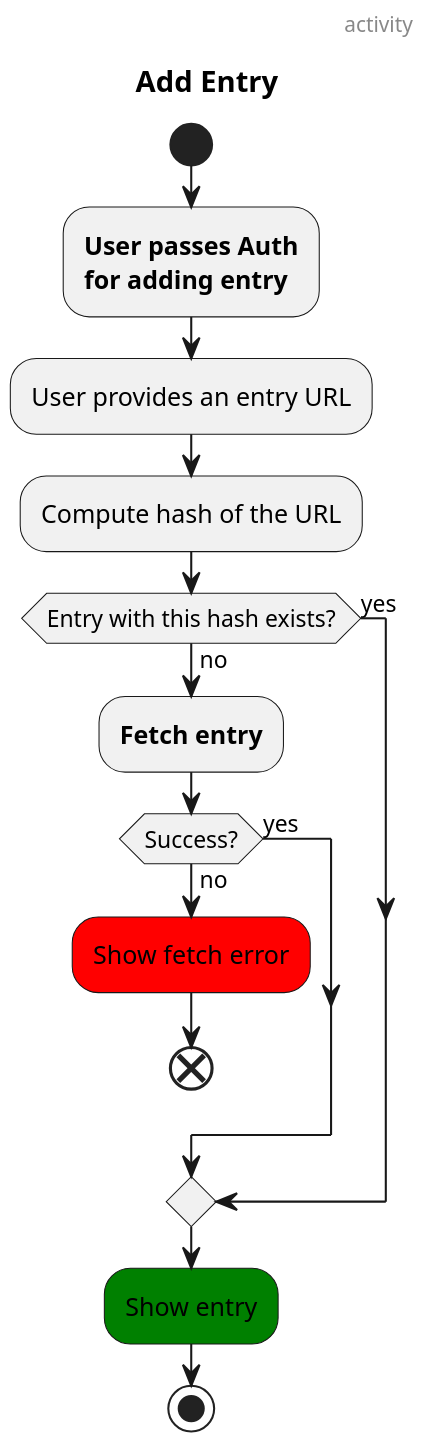
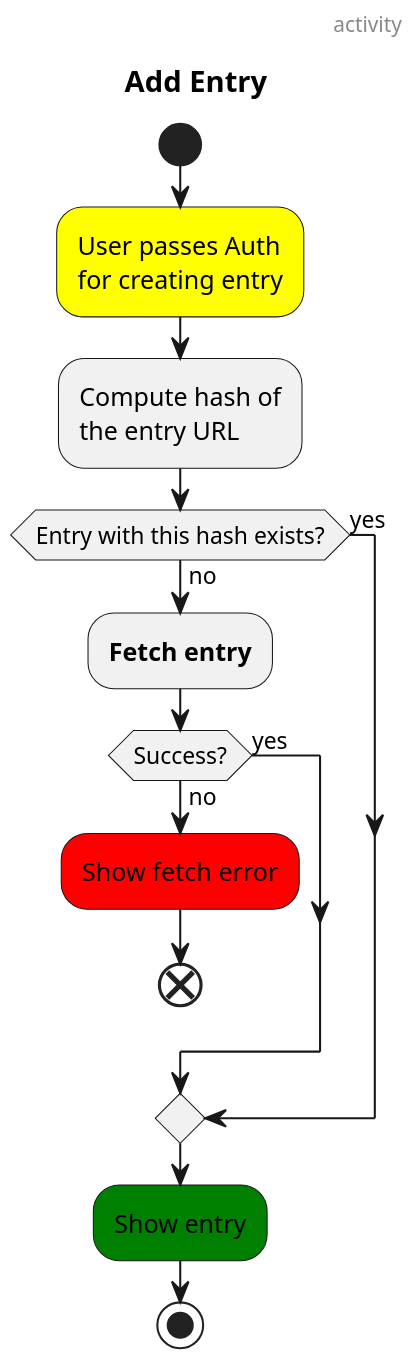
Before and after one commit to xomiachuna/wallabago: the diagram in docs/diagrams/add-entry.activity.puml, drawn with PlantUML. The commit also changed 6 other files, not shown here.

Commit message:
docs: Add links between activity diagrams

```diff
--- a/docs/diagrams/add-entry.activity.puml
+++ b/docs/diagrams/add-entry.activity.puml
@@ -1,22 +1,21 @@
 @startuml add-entry
 skinparam dpi 200
 header activity
 title Add Entry
 
 start
-:**User passes Auth**
-**for adding entry**;
-:User provides an entry URL;
-:Compute hash of the URL;
+[[auth.activity.svg]]#yellow:User passes Auth\nfor creating entry;
+:Compute hash of
+the entry URL;
 if (Entry with this hash exists?) then (yes)
 else (no)
     :**Fetch entry**;
     if (Success?) then (yes)
     else (no)
         #red:Show fetch error;
         end
     endif
 endif
 #green:Show entry;
 stop
 @enduml
```
